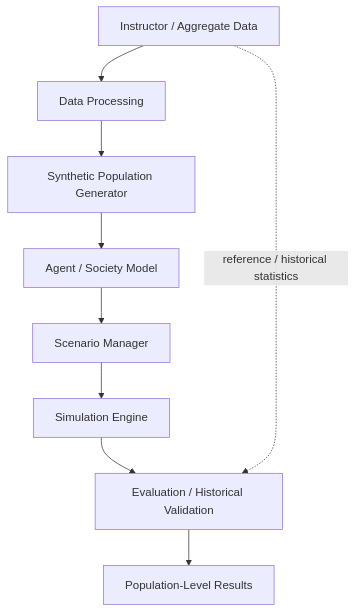
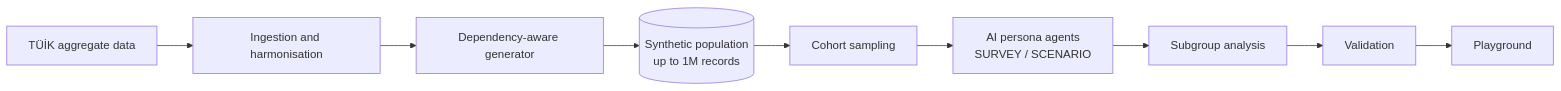
Before and after one commit to Samotic/AI-powered-digital-society-twin: the diagram in README.md, drawn with Mermaid. The commit also changed other lines of this file and 35 other files, not shown here.

First line of the commit message:
docs: design SocietyTwin v2 Türkiye persona architecture

````diff
--- a/README.md
+++ b/README.md
@@ -63,20 +32,11 @@
 ```mermaid
-flowchart TD
-    A["Instructor / Aggregate Data"]
-    B["Data Processing"]
-    C["Synthetic Population Generator"]
-    D["Agent / Society Model"]
-    E["Scenario Manager"]
-    F["Simulation Engine"]
-    G["Evaluation / Historical Validation"]
-    H["Population-Level Results"]
-
-    A --> B
-    B --> C
-    C --> D
-    D --> E
-    E --> F
-    F --> G
-    G --> H
-    A -.->|reference / historical statistics| G
+flowchart LR
+    A["TÜİK aggregate data"] --> B["Ingestion and harmonisation"]
+    B --> C["Dependency-aware generator"]
+    C --> D[("Synthetic population<br/>up to 1M records")]
+    D --> E["Cohort sampling"]
+    E --> F["AI persona agents<br/>SURVEY / SCENARIO"]
+    F --> G["Subgroup analysis"]
+    G --> H["Validation"]
+    H --> I["Playground"]
 ```
````
